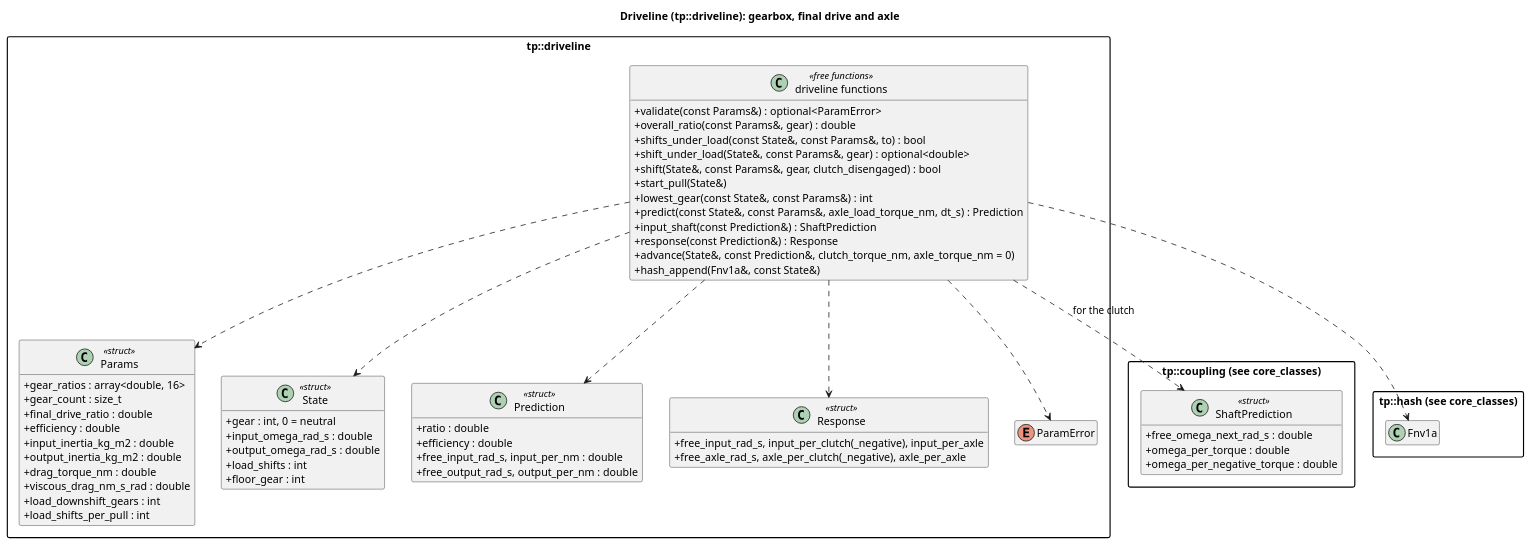
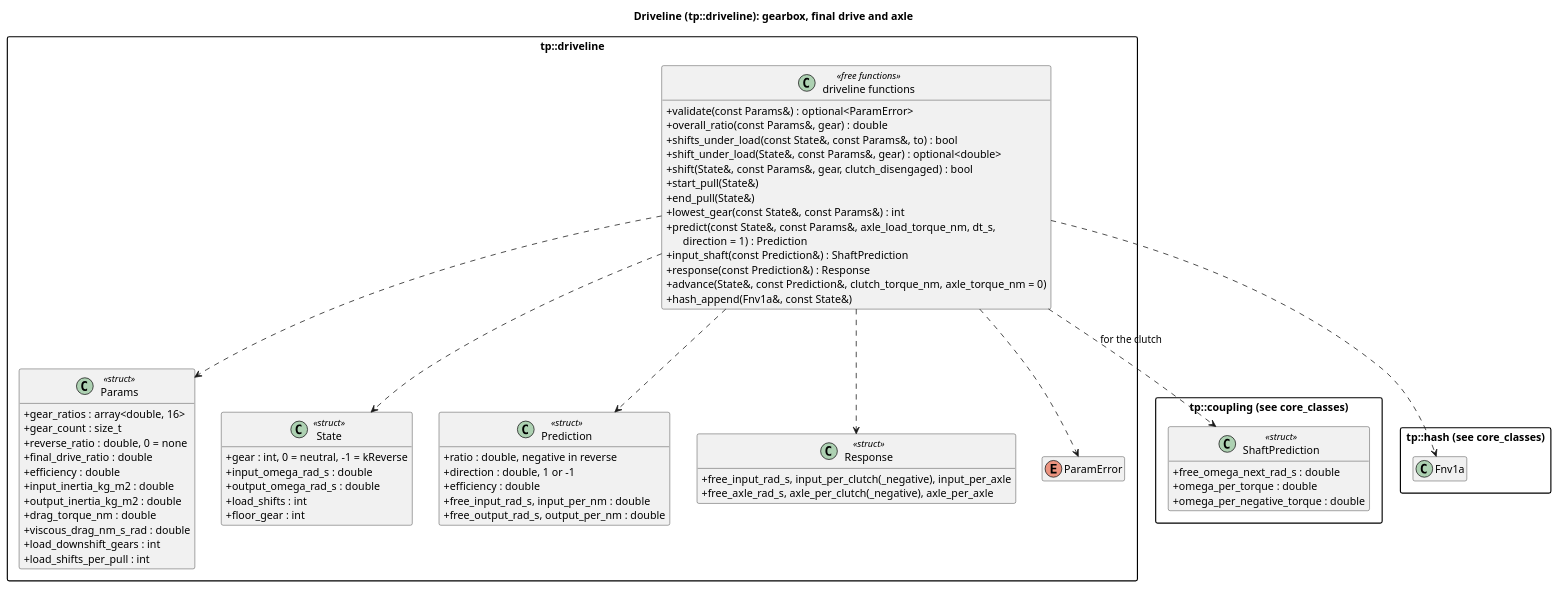
One commit to wversteeg/TractorPulling changed the diagram in docs/diagrams/driveline_classes.puml. Above: the diagram before and after it, drawn with PlantUML. The commit also changed 37 other files, not shown here.

First line of the commit message:
Turn: the binding, docs and diagrams

```diff
--- a/docs/diagrams/driveline_classes.puml
+++ b/docs/diagrams/driveline_classes.puml
@@ -1,71 +1,74 @@
 @startuml driveline_classes
 title Driveline (tp::driveline): gearbox, final drive and axle
 hide empty members
 skinparam packageStyle rectangle
 skinparam classAttributeIconSize 0
 
 package "tp::coupling (see core_classes)" {
   class ShaftPrediction <<struct>> {
     +free_omega_next_rad_s : double
     +omega_per_torque : double
     +omega_per_negative_torque : double
   }
 }
 package "tp::hash (see core_classes)" {
   class Fnv1a
 }
 
 package "tp::driveline" {
   class Params <<struct>> {
     +gear_ratios : array<double, 16>
     +gear_count : size_t
+    +reverse_ratio : double, 0 = none
     +final_drive_ratio : double
     +efficiency : double
     +input_inertia_kg_m2 : double
     +output_inertia_kg_m2 : double
     +drag_torque_nm : double
     +viscous_drag_nm_s_rad : double
     +load_downshift_gears : int
     +load_shifts_per_pull : int
   }
   class State <<struct>> {
-    +gear : int, 0 = neutral
+    +gear : int, 0 = neutral, -1 = kReverse
     +input_omega_rad_s : double
     +output_omega_rad_s : double
     +load_shifts : int
     +floor_gear : int
   }
   class Prediction <<struct>> {
-    +ratio : double
+    +ratio : double, negative in reverse
+    +direction : double, 1 or -1
     +efficiency : double
     +free_input_rad_s, input_per_nm : double
     +free_output_rad_s, output_per_nm : double
   }
   class Response <<struct>> {
     +free_input_rad_s, input_per_clutch(_negative), input_per_axle
     +free_axle_rad_s, axle_per_clutch(_negative), axle_per_axle
   }
   enum ParamError
   class "driveline functions" as DrivelineFns <<free functions>> {
     +validate(const Params&) : optional<ParamError>
     +overall_ratio(const Params&, gear) : double
     +shifts_under_load(const State&, const Params&, to) : bool
     +shift_under_load(State&, const Params&, gear) : optional<double>
     +shift(State&, const Params&, gear, clutch_disengaged) : bool
     +start_pull(State&)
+    +end_pull(State&)
     +lowest_gear(const State&, const Params&) : int
-    +predict(const State&, const Params&, axle_load_torque_nm, dt_s) : Prediction
+    +predict(const State&, const Params&, axle_load_torque_nm, dt_s,\n      direction = 1) : Prediction
     +input_shaft(const Prediction&) : ShaftPrediction
     +response(const Prediction&) : Response
     +advance(State&, const Prediction&, clutch_torque_nm, axle_torque_nm = 0)
     +hash_append(Fnv1a&, const State&)
   }
   DrivelineFns ..> Params
   DrivelineFns ..> State
   DrivelineFns ..> Prediction
   DrivelineFns ..> Response
   DrivelineFns ..> ParamError
 }
 DrivelineFns ..> ShaftPrediction : for the clutch
 DrivelineFns ..> Fnv1a
 @enduml
```
